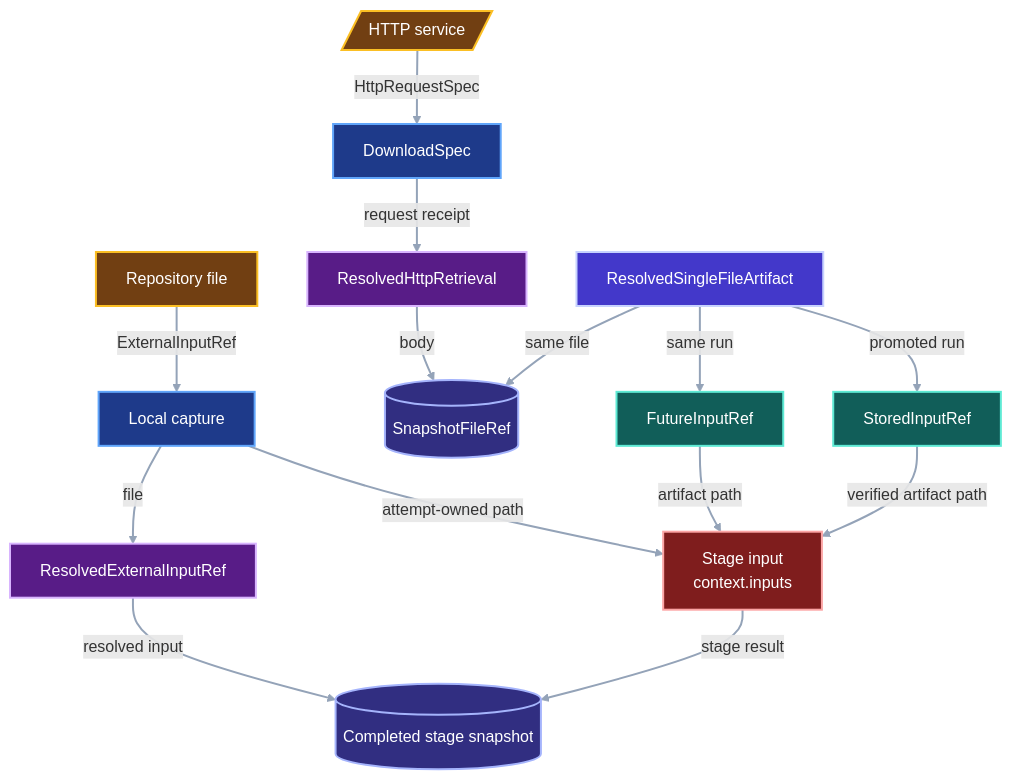
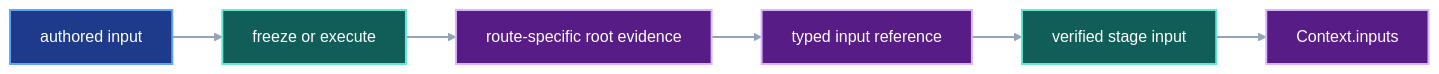
One commit to pvd232/viper changed the fourth of 4 diagrams in docs/development/external-input-roots.md. Above: the diagram before and after it, drawn with Mermaid. The commit also changed other lines of this file and 1 other file, not shown here.

Commit message:
Restore external input contract detail

````diff
--- a/docs/development/external-input-roots.md
+++ b/docs/development/external-input-roots.md
@@ -141,34 +160,15 @@
 ```mermaid
-flowchart TB
-    Local["Repository file"] -->|"ExternalInputRef"| Capture["Local capture"]
-    Capture -->|"file"| LocalEvidence["ResolvedExternalInputRef"]
-    Capture -->|"attempt-owned path"| Consumer["Stage input<br/>context.inputs"]
-
-    Service[/"HTTP service"/] -->|"HttpRequestSpec"| Download["DownloadSpec"]
-    Download -->|"request receipt"| Retrieval["ResolvedHttpRetrieval"]
-    Retrieval -->|"body"| HttpFile[("SnapshotFileRef")]
-    Artifact["ResolvedSingleFileArtifact"] -->|"same file"| HttpFile
-    Artifact -->|"same run"| Future["FutureInputRef"]
-    Artifact -->|"promoted run"| Stored["StoredInputRef"]
-    Future -->|"artifact path"| Consumer
-    Stored -->|"verified artifact path"| Consumer
-
-    LocalEvidence -->|"resolved input"| Snapshot[("Completed stage snapshot")]
-    Consumer -->|"stage result"| Snapshot
-
-    class Local,Service external
-    class Capture,Download execution
-    class LocalEvidence,Retrieval record
-    class HttpFile,Snapshot storage
-    class Artifact artifact
-    class Future,Stored reference
-    class Consumer boundary
-    classDef external fill:#713f12,stroke:#fbbf24,color:#ffffff,stroke-width:2px
-    classDef execution fill:#1e3a8a,stroke:#60a5fa,color:#ffffff,stroke-width:2px
-    classDef record fill:#581c87,stroke:#d8b4fe,color:#ffffff,stroke-width:2px
-    classDef storage fill:#312e81,stroke:#a5b4fc,color:#ffffff,stroke-width:2px
-    classDef artifact fill:#4338ca,stroke:#c7d2fe,color:#ffffff,stroke-width:2px
-    classDef reference fill:#115e59,stroke:#5eead4,color:#ffffff,stroke-width:2px
-    classDef boundary fill:#7f1d1d,stroke:#fca5a5,color:#ffffff,stroke-width:2px
+flowchart LR
+    Draft["authored input"] --> Resolve["freeze or execute"]
+    Resolve --> Evidence["route-specific root evidence"]
+    Evidence --> Ref["typed input reference"]
+    Ref --> Materialize["verified stage input"]
+    Materialize --> Context["Context.inputs"]
+    class Draft contract
+    class Resolve,Materialize implementation
+    class Evidence,Ref,Context output
+    classDef contract fill:#1e3a8a,stroke:#60a5fa,color:#ffffff,stroke-width:2px
+    classDef implementation fill:#115e59,stroke:#5eead4,color:#ffffff,stroke-width:2px
+    classDef output fill:#581c87,stroke:#d8b4fe,color:#ffffff,stroke-width:2px
     linkStyle default stroke:#94a3b8,stroke-width:2px
 ```
````
